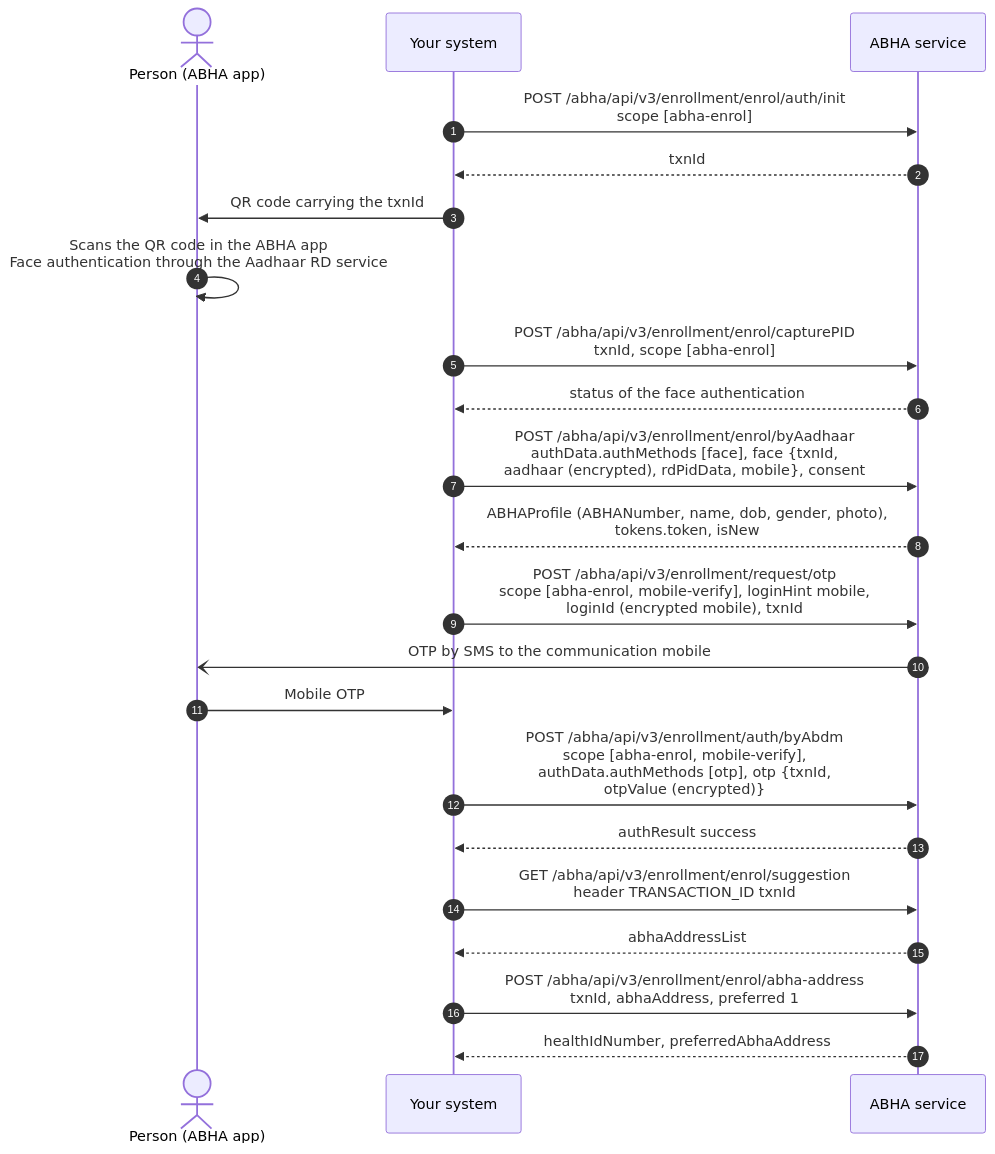
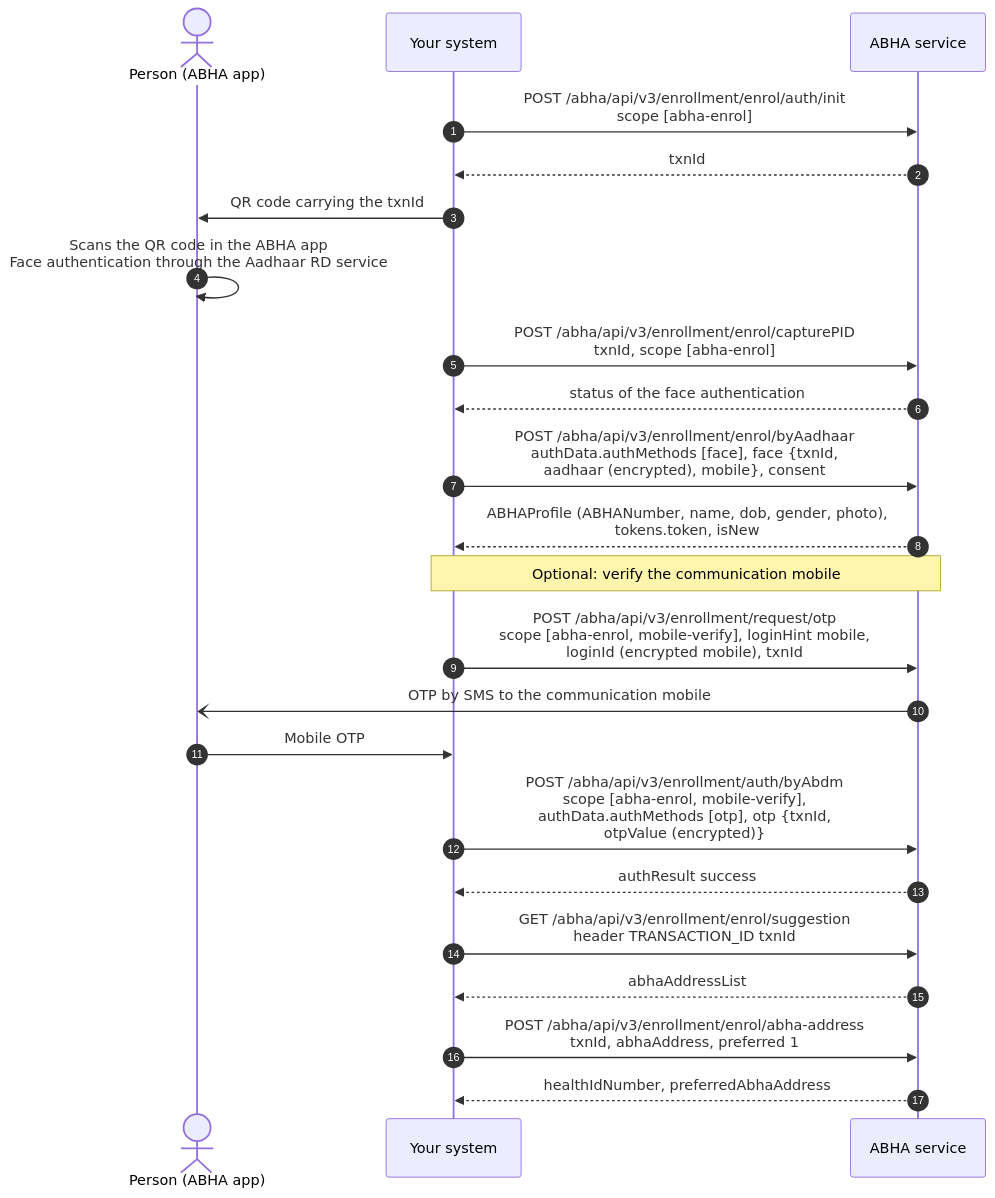
Before and after one commit to nha-in/docs: the second of 6 diagrams in site/docs/hiecm/v3/milestones/m1.mdx, drawn with Mermaid. The commit also changed other lines of this file and 30 other files, not shown here.

````diff
--- a/site/docs/hiecm/v3/milestones/m1.mdx
+++ b/site/docs/hiecm/v3/milestones/m1.mdx
@@ -145,24 +146,25 @@
 ```mermaid
 sequenceDiagram
     autonumber
     actor P as Person (ABHA app)
     participant S as Your system
     participant A as ABHA service
     S->>A: POST /abha/api/v3/enrollment/enrol/auth/init<br/>scope [abha-enrol]
     A-->>S: txnId
     S->>P: QR code carrying the txnId
     P->>P: Scans the QR code in the ABHA app<br/>Face authentication through the Aadhaar RD service
     S->>A: POST /abha/api/v3/enrollment/enrol/capturePID<br/>txnId, scope [abha-enrol]
     A-->>S: status of the face authentication
-    S->>A: POST /abha/api/v3/enrollment/enrol/byAadhaar<br/>authData.authMethods [face], face {txnId,<br/>aadhaar (encrypted), rdPidData, mobile}, consent
+    S->>A: POST /abha/api/v3/enrollment/enrol/byAadhaar<br/>authData.authMethods [face], face {txnId,<br/>aadhaar (encrypted), mobile}, consent
     A-->>S: ABHAProfile (ABHANumber, name, dob, gender, photo),<br/>tokens.token, isNew
+    Note over S,A: Optional: verify the communication mobile
     S->>A: POST /abha/api/v3/enrollment/request/otp<br/>scope [abha-enrol, mobile-verify], loginHint mobile,<br/>loginId (encrypted mobile), txnId
     A-)P: OTP by SMS to the communication mobile
     P->>S: Mobile OTP
     S->>A: POST /abha/api/v3/enrollment/auth/byAbdm<br/>scope [abha-enrol, mobile-verify],<br/>authData.authMethods [otp], otp {txnId,<br/>otpValue (encrypted)}
     A-->>S: authResult success
     S->>A: GET /abha/api/v3/enrollment/enrol/suggestion<br/>header TRANSACTION_ID txnId
     A-->>S: abhaAddressList
     S->>A: POST /abha/api/v3/enrollment/enrol/abha-address<br/>txnId, abhaAddress, preferred 1
     A-->>S: healthIdNumber, preferredAbhaAddress
 ```
````
